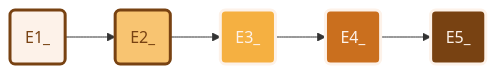
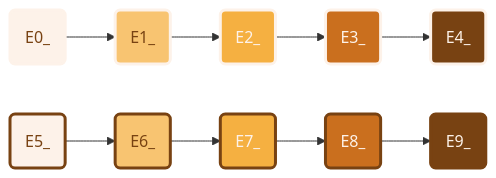
Before and after one commit to APrettyCoolProgram/aprettycoolprogram: the sixth of 10 diagrams in profile/mermaid/mermaid-colors.md, drawn with Mermaid. The commit also changed other lines of this file, not shown here.

````diff
--- a/profile/mermaid/mermaid-colors.md
+++ b/profile/mermaid/mermaid-colors.md
@@ -157,17 +227,28 @@
 ```mermaid
 flowchart LR
   %% Components
+  E0@{shape: rounded, label: "E0_"}
   E1@{shape: rounded, label: "E1_"}
   E2@{shape: rounded, label: "E2_"}
   E3@{shape: rounded, label: "E3_"}
   E4@{shape: rounded, label: "E4_"}
   E5@{shape: rounded, label: "E5_"}
+  E6@{shape: rounded, label: "E6_"}
+  E7@{shape: rounded, label: "E7_"}
+  E8@{shape: rounded, label: "E8_"}
+  E9@{shape: rounded, label: "E9_"}
   %% Layout
-  E1:::E1_ --> E2:::E2_ --> E3:::E3_ --> E4:::E4_ --> E5:::E5_ 
+  E0:::E0_ --> E1:::E1_ --> E2:::E2_ --> E3:::E3_ --> E4:::E4_
+  E5:::E5_ --> E6:::E6_ --> E7:::E7_ --> E8:::E8_ --> E9:::E9_ 
   %% Styles
-  classDef E1_ stroke:#784212,stroke-width:3px,fill:#fdf2e9,color:#784212
-  classDef E2_ stroke:#784212,stroke-width:3px,fill:#f8c471,color:#784212  
-  classDef E3_ stroke:#fdf2e9,stroke-width:3px,fill:#f5b041,color:#fdf2e9
-  classDef E4_ stroke:#fdf2e9,stroke-width:3px,fill:#ca6f1e,color:#fdf2e9
-  classDef E5_ stroke:#fdf2e9,stroke-width:3px,fill:#784212,color:#fdf2e9
+  classDef E0_ stroke:#fdf2e9,stroke-width:3px,fill:#fdf2e9,color:#784212
+  classDef E1_ stroke:#fdf2e9,stroke-width:3px,fill:#f8c471,color:#784212  
+  classDef E2_ stroke:#fdf2e9,stroke-width:3px,fill:#f5b041,color:#fdf2e9
+  classDef E3_ stroke:#fdf2e9,stroke-width:3px,fill:#ca6f1e,color:#fdf2e9
+  classDef E4_ stroke:#fdf2e9,stroke-width:3px,fill:#784212,color:#fdf2e9
+  classDef E5_ stroke:#784212,stroke-width:3px,fill:#fdf2e9,color:#784212
+  classDef E6_ stroke:#784212,stroke-width:3px,fill:#f8c471,color:#784212  
+  classDef E7_ stroke:#784212,stroke-width:3px,fill:#f5b041,color:#fdf2e9
+  classDef E8_ stroke:#784212,stroke-width:3px,fill:#ca6f1e,color:#fdf2e9
+  classDef E9_ stroke:#784212,stroke-width:3px,fill:#784212,color:#fdf2e9
 ```
````
